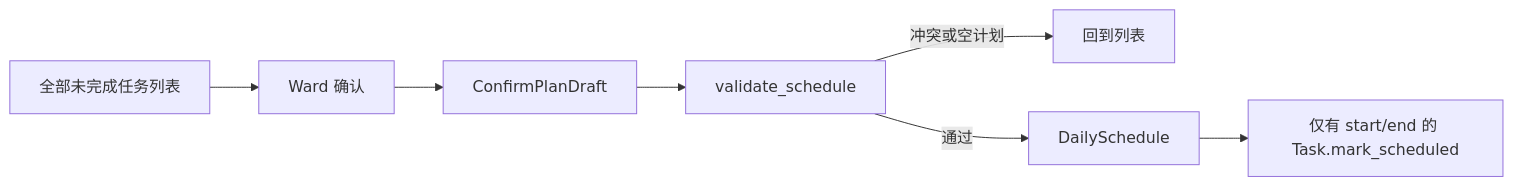
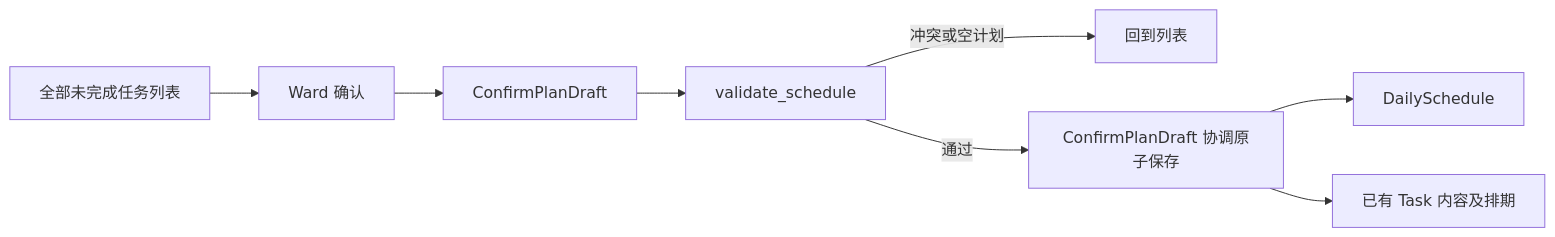
The tenth of 10 diagrams in docs/technical/domain-planning.md (johanchow/duxue), drawn with Mermaid before and after one commit. The commit also changed other lines of this file and 26 other files, not shown here.

````diff
--- a/docs/technical/domain-planning.md
+++ b/docs/technical/domain-planning.md
@@ -473,9 +536,10 @@
 ```mermaid
 flowchart LR
     Q[全部未完成任务列表] --> W[Ward 确认]
     W --> U[ConfirmPlanDraft]
     U --> S[validate_schedule]
     S -->|冲突或空计划| DR[回到列表]
-    S -->|通过| D[DailySchedule]
-    D --> T[仅有 start/end 的 Task.mark_scheduled]
+    S -->|通过| A[ConfirmPlanDraft 协调原子保存]
+    A --> D[DailySchedule]
+    A --> T[已有 Task 内容及排期]
 ```
````
